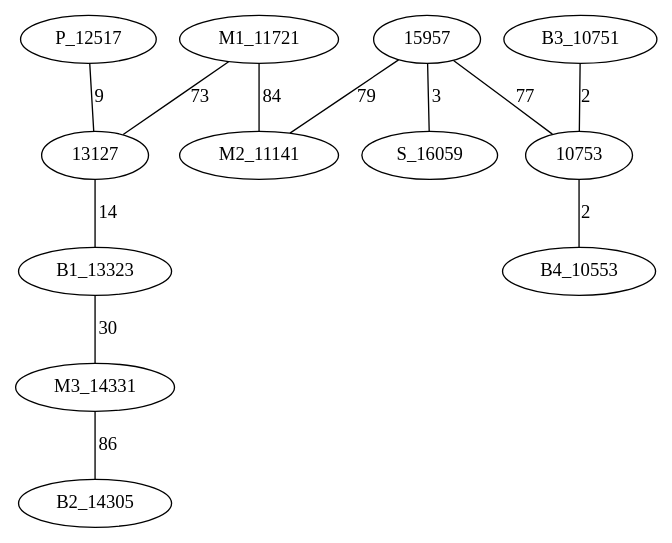
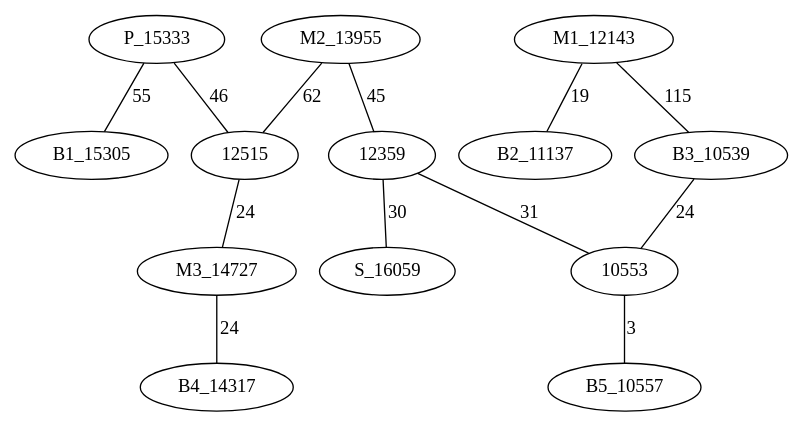
One commit to AsmNoob/Labyrinthe changed the diagram in Graph.dot. Above: the diagram before and after it, drawn with Graphviz. The commit also changed 2 other files, not shown here.

```diff
--- a/Graph.dot
+++ b/Graph.dot
@@ -1,15 +1,16 @@
 graph chemin {
 
-	P_12517 -- 13127 [label=9]
-	M1_11721 -- M2_11141 [label=84]
-	M1_11721 -- 13127 [label=73]
-	15957 -- M2_11141 [label=79]
-	15957 -- S_16059 [label=3]
-	15957 -- 10753 [label=77]
-	13127 -- B1_13323 [label=14]
-	B1_13323 -- M3_14331 [label=30]
-	M3_14331 -- B2_14305 [label=86]
-	B3_10751 -- 10753 [label=2]
-	10753 -- B4_10553 [label=2]
+	P_15333 -- 12515 [label=46]
+	P_15333 -- B1_15305 [label=55]
+	M1_12143 -- B2_11137 [label=19]
+	M1_12143 -- B3_10539 [label=115]
+	M2_13955 -- 12515 [label=62]
+	M2_13955 -- 12359 [label=45]
+	12515 -- M3_14727 [label=24]
+	12359 -- 10553 [label=31]
+	12359 -- S_16059 [label=30]
+	B3_10539 -- 10553 [label=24]
+	M3_14727 -- B4_14317 [label=24]
+	10553 -- B5_10557 [label=3]
 
 }
```
